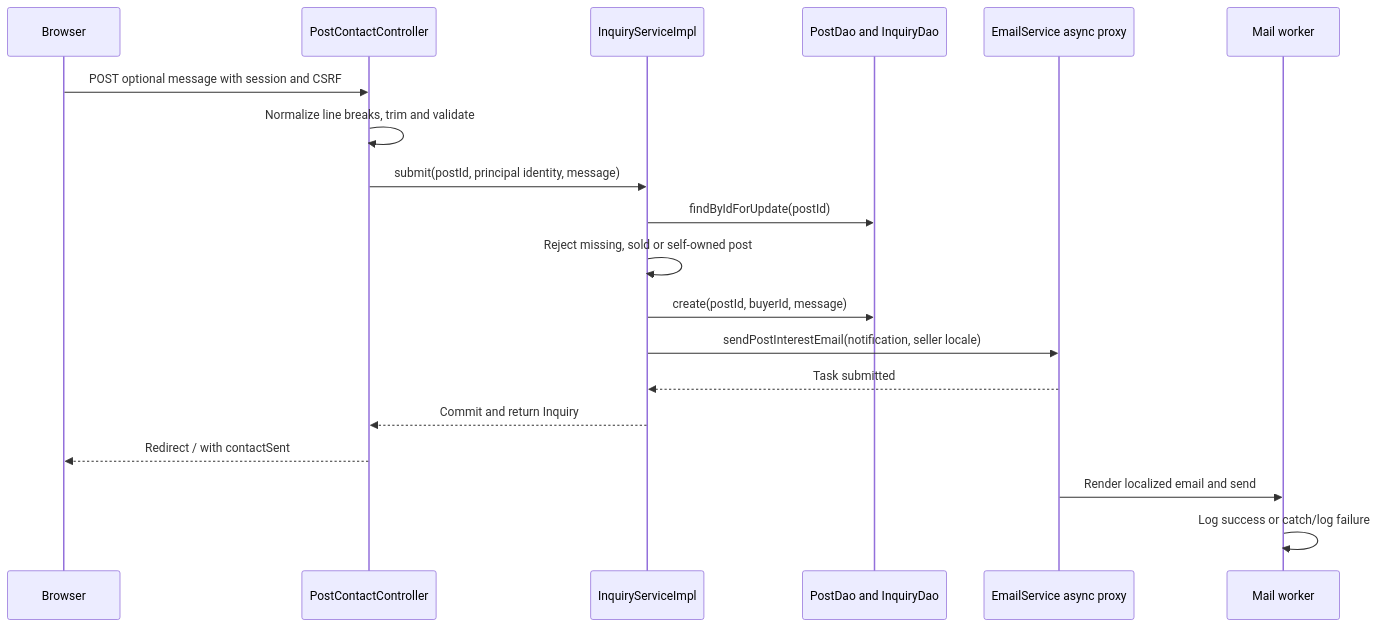
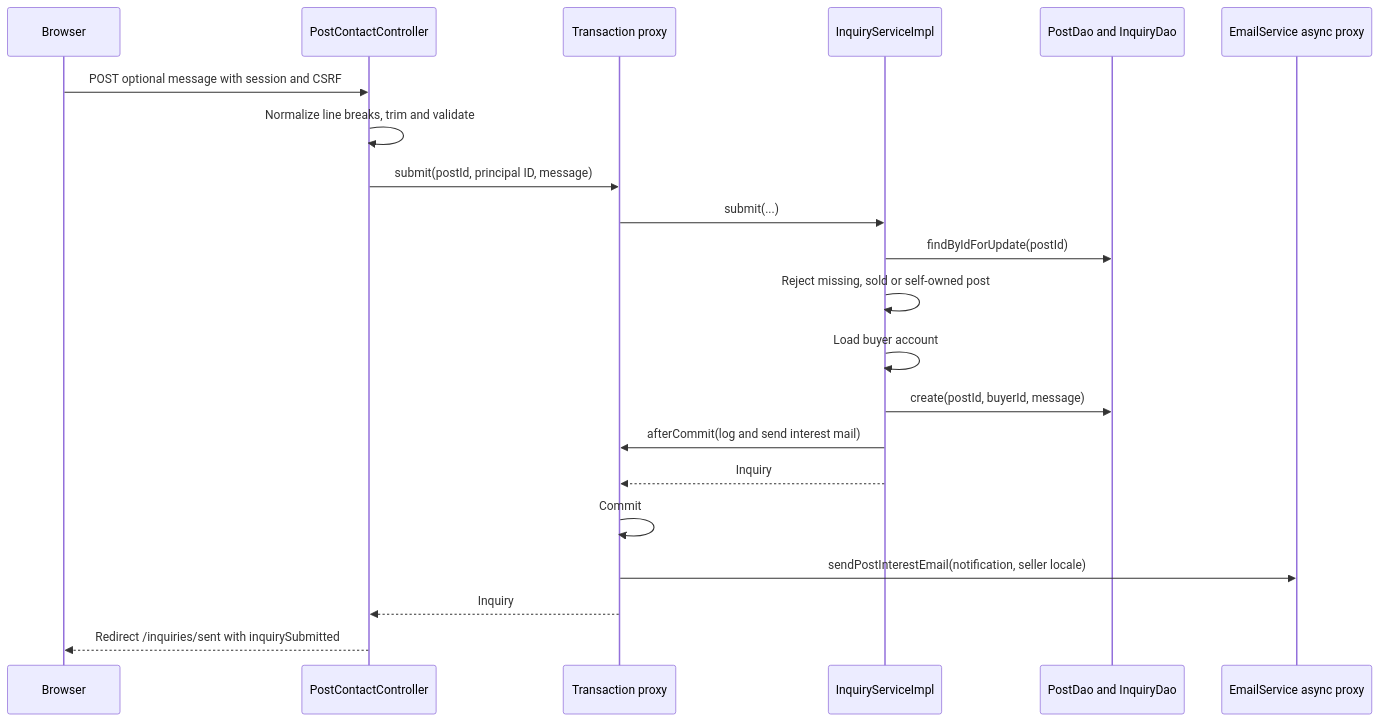
The diagram in Contact flow.md (BautistaPessagno/PAW_Vault), drawn with Mermaid before and after one commit. The commit also changed other lines of this file and 160 other files, not shown here.

````diff
--- a/Contact flow.md
+++ b/Contact flow.md
@@ -21,21 +21,23 @@
 ```mermaid
 sequenceDiagram
     participant B as Browser
     participant C as PostContactController
+    participant P as Transaction proxy
     participant S as InquiryServiceImpl
     participant D as PostDao and InquiryDao
     participant E as EmailService async proxy
-    participant W as Mail worker
     B->>C: POST optional message with session and CSRF
     C->>C: Normalize line breaks, trim and validate
-    C->>S: submit(postId, principal identity, message)
+    C->>P: submit(postId, principal ID, message)
+    P->>S: submit(...)
     S->>D: findByIdForUpdate(postId)
     S->>S: Reject missing, sold or self-owned post
+    S->>S: Load buyer account
     S->>D: create(postId, buyerId, message)
-    S->>E: sendPostInterestEmail(notification, seller locale)
-    E-->>S: Task submitted
-    S-->>C: Commit and return Inquiry
-    C-->>B: Redirect / with contactSent
-    E->>W: Render localized email and send
-    W->>W: Log success or catch/log failure
+    S->>P: afterCommit(log and send interest mail)
+    S-->>P: Inquiry
+    P->>P: Commit
+    P->>E: sendPostInterestEmail(notification, seller locale)
+    P-->>C: Inquiry
+    C-->>B: Redirect /inquiries/sent with inquirySubmitted
 ```
````
